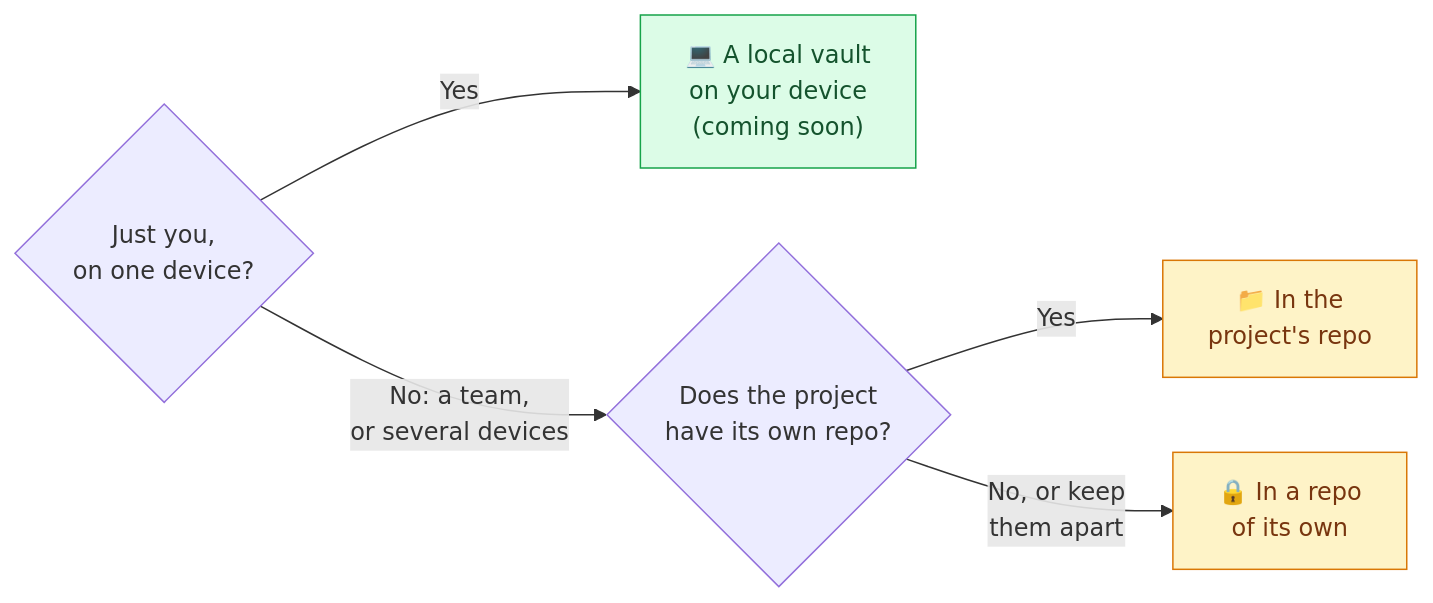
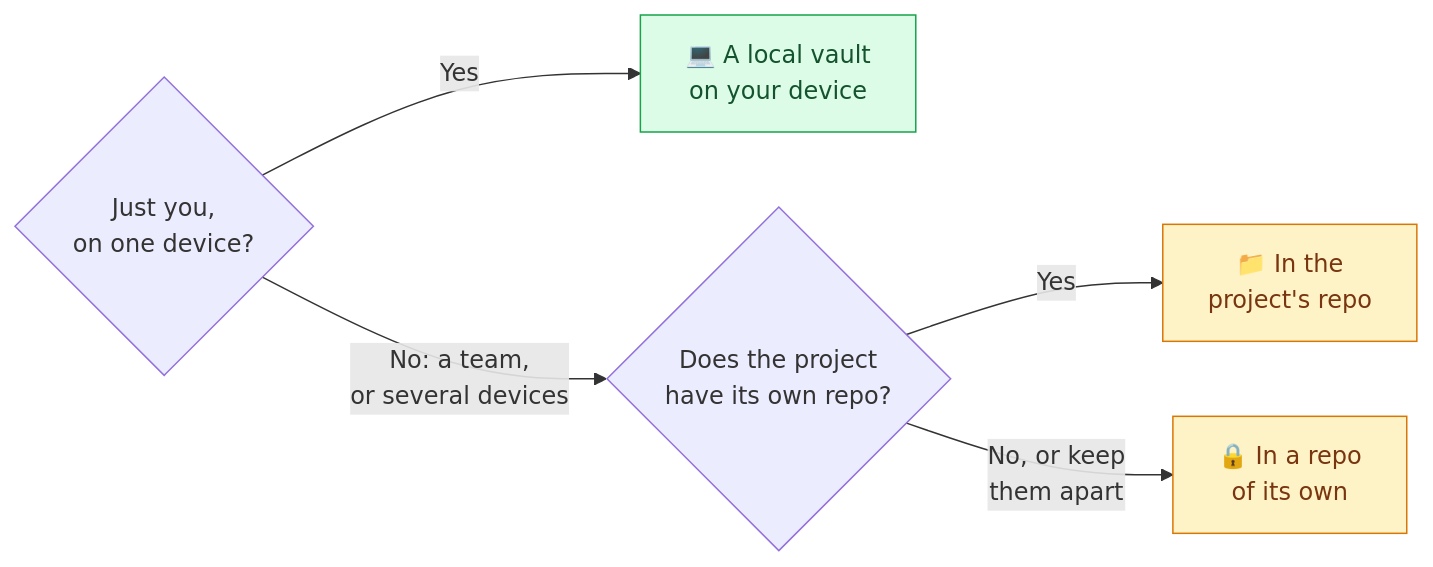
The second of 2 diagrams in README.md (Snowy-Peak-Studios/commonplace-md), drawn with Mermaid before and after one commit. The commit also changed other lines of this file and 11 other files, not shown here.

First line of the commit message:
A local vault on this device: a folder on the disk, or the browser

````diff
--- a/README.md
+++ b/README.md
@@ -117,10 +118,10 @@
 ```mermaid
 flowchart LR
     q1{"Just you,<br/>on one device?"}
-    q1 -- Yes --> local["💻 A local vault<br/>on your device<br/>(coming soon)"]:::local
+    q1 -- Yes --> local["💻 A local vault<br/>on your device"]:::local
     q1 -- "No: a team,<br/>or several devices" --> q2{"Does the project<br/>have its own repo?"}
     q2 -- "Yes" --> project["📁 In the<br/>project's repo"]:::repo
     q2 -- "No, or keep<br/>them apart" --> own["🔒 In a repo<br/>of its own"]:::repo
     classDef local fill:#dcfce7,stroke:#16a34a,color:#14532d
     classDef repo fill:#fef3c7,stroke:#d97706,color:#78350f
 ```
````
